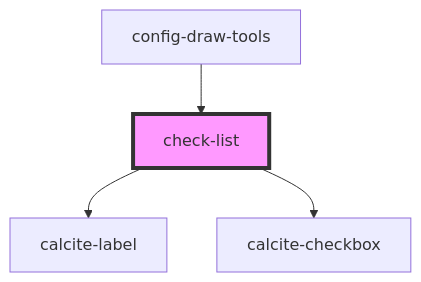
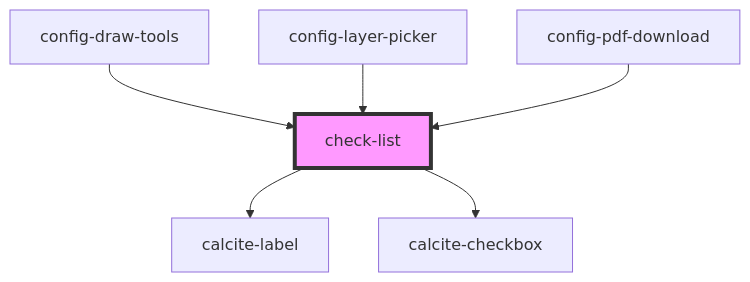
Before and after one commit to Esri/solutions-components: the diagram in src/components/check-list/readme.md, drawn with Mermaid. The commit also changed other lines of this file and 3 other files, not shown here.

Commit message:
use check list from config pdf download

````diff
--- a/src/components/check-list/readme.md
+++ b/src/components/check-list/readme.md
@@ -41,7 +43,9 @@
 ```mermaid
 graph TD;
   check-list --> calcite-label
   check-list --> calcite-checkbox
   config-draw-tools --> check-list
+  config-layer-picker --> check-list
+  config-pdf-download --> check-list
   style check-list fill:#f9f,stroke:#333,stroke-width:4px
 ```
````
